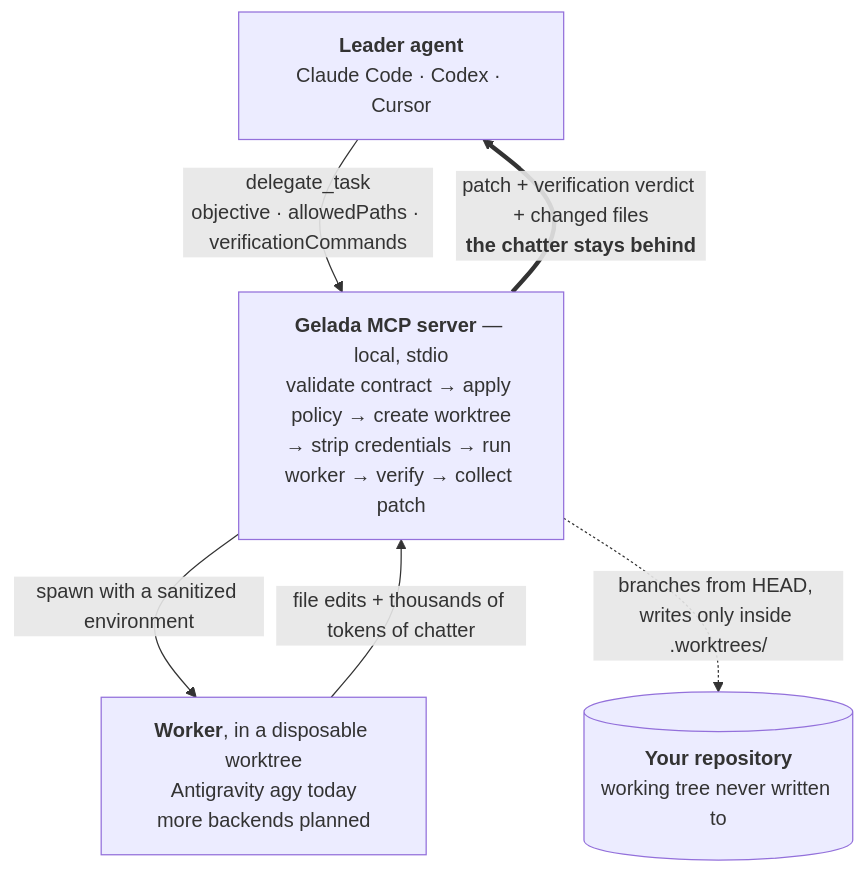
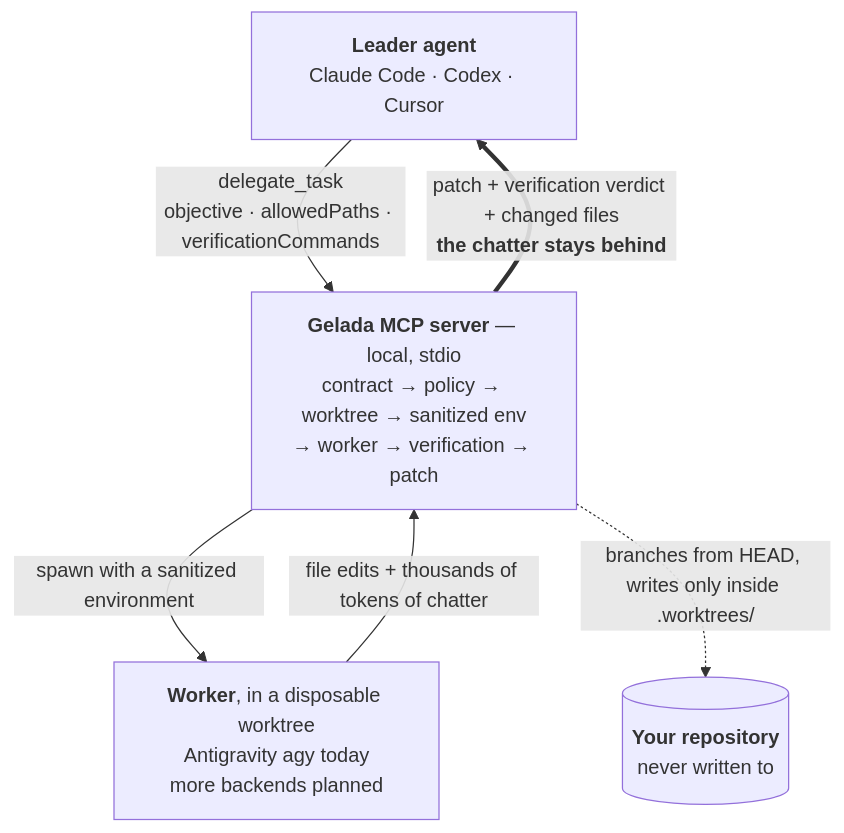
Before and after one commit to pcherkasov/gelada-mcp: the diagram in README.md, drawn with Mermaid.

Commit message:
Tighten the diagram's labels
Rendered it rather than assuming: the server node wrapped to six lines and
crowded everything below it. The pipeline detail belongs in the table under the
diagram, not inside a box.

````diff
--- a/README.md
+++ b/README.md
@@ -20,13 +20,13 @@
 ```mermaid
 flowchart TD
     L["<b>Leader agent</b><br/>Claude Code · Codex · Cursor"]
-    G["<b>Gelada MCP server</b> — local, stdio<br/>validate contract → apply policy → create worktree<br/>→ strip credentials → run worker → verify → collect patch"]
+    G["<b>Gelada MCP server</b> — local, stdio<br/>contract → policy → worktree → sanitized env<br/>→ worker → verification → patch"]
     W["<b>Worker</b>, in a disposable worktree<br/>Antigravity agy today<br/>more backends planned"]
-    R[("<b>Your repository</b><br/>working tree never written to")]
+    R[("<b>Your repository</b><br/>never written to")]
 
     L -->|"delegate_task<br/>objective · allowedPaths · verificationCommands"| G
     G -->|"spawn with a sanitized environment"| W
     W -->|"file edits + thousands of tokens of chatter"| G
     G ==>|"patch + verification verdict + changed files<br/><b>the chatter stays behind</b>"| L
     G -.->|"branches from HEAD, writes only inside .worktrees/"| R
 ```
````
